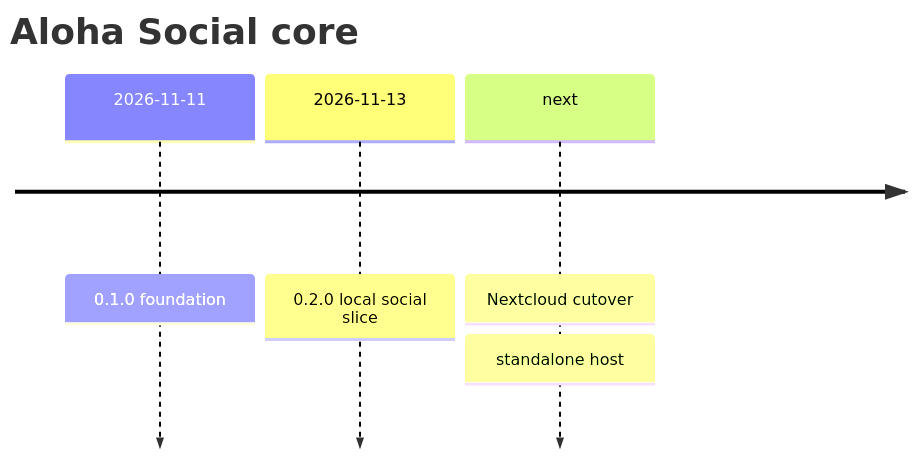
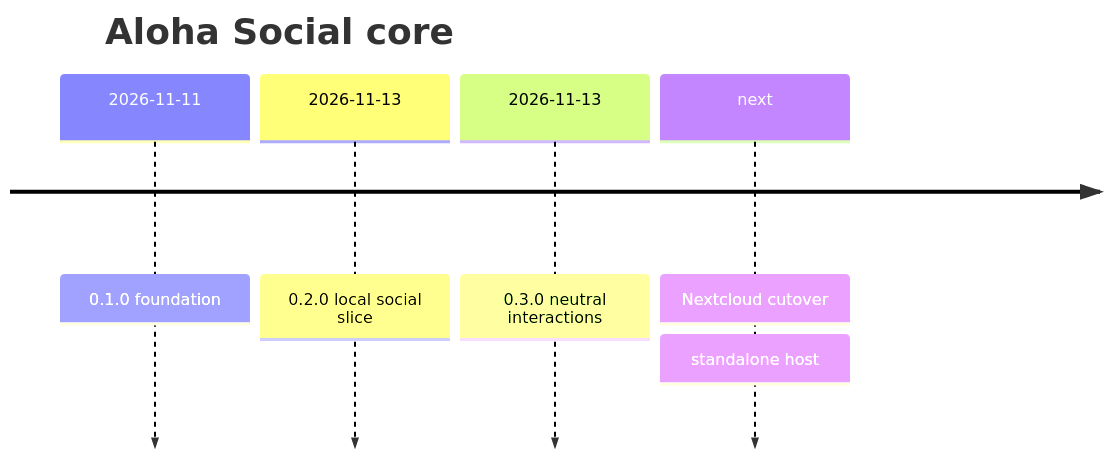
Before and after one commit to SchBenedikt/core: the second of 2 diagrams in README.md, drawn with Mermaid. The commit also changed 4 other files, not shown here.

````diff
--- a/README.md
+++ b/README.md
@@ -155,8 +155,9 @@
 ```mermaid
 timeline
     title Aloha Social core
     2026-11-11 : 0.1.0 foundation
     2026-11-13 : 0.2.0 local social slice
+    2026-11-13 : 0.3.0 neutral interactions
     next : Nextcloud cutover
          : standalone host
 ```
````
